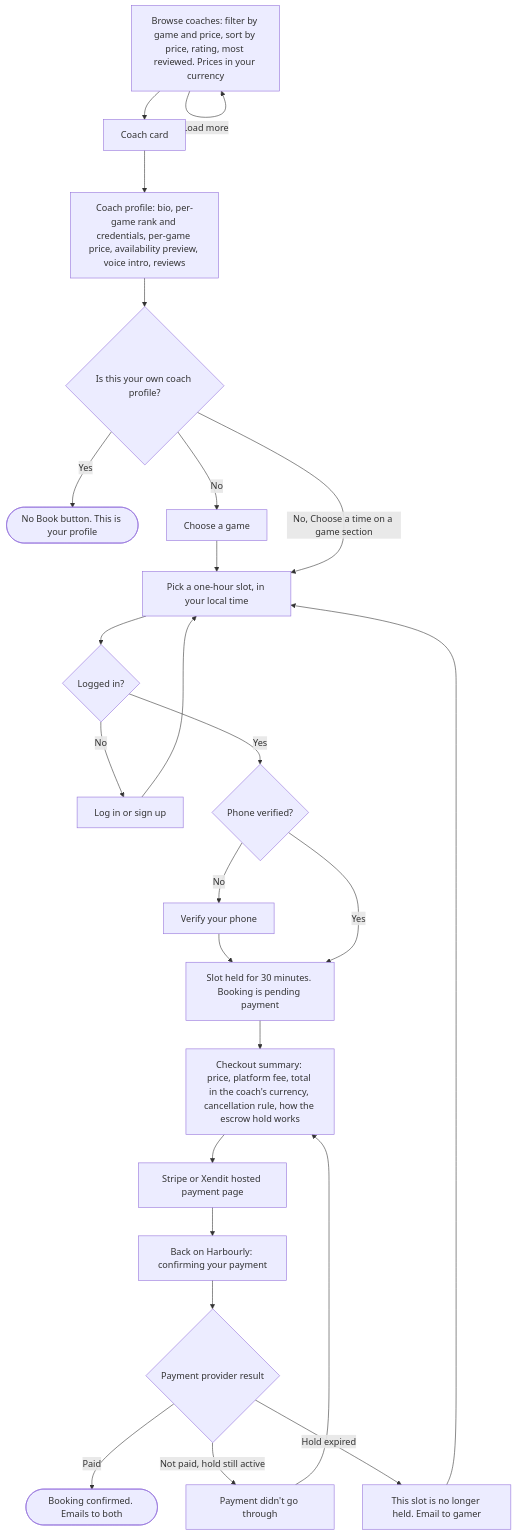
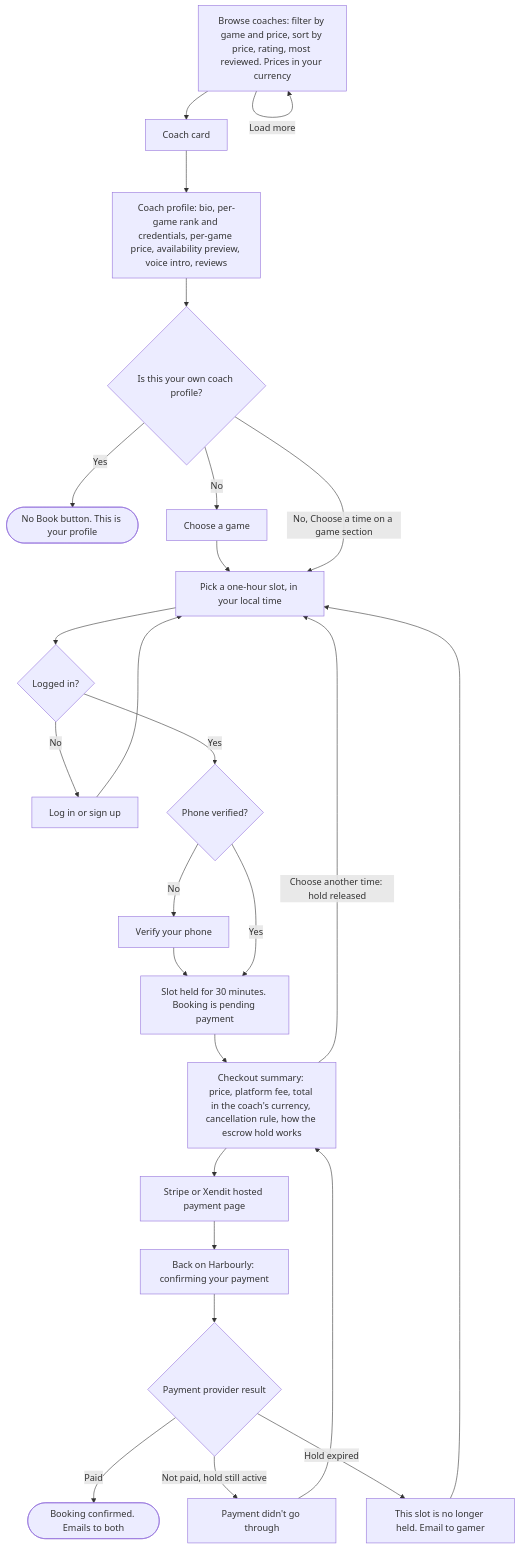
Before and after one commit to ILoveWaterSm/Harbourly-Waitlist-2.0: the third of 13 diagrams in design/USER-FLOW.md, drawn with Mermaid. The commit also changed 21 other files, not shown here.

````diff
--- a/design/USER-FLOW.md
+++ b/design/USER-FLOW.md
@@ -103,27 +103,28 @@
 ```mermaid
 flowchart TD
   Browse["Browse coaches: filter by game and price, sort by price, rating, most reviewed. Prices in your currency"] --> Card["Coach card"]
   Browse -->|"Load more"| Browse
   Card --> Profile["Coach profile: bio, per-game rank and credentials, per-game price, availability preview, voice intro, reviews"]
   Profile --> Own{"Is this your own coach profile?"}
   Own -->|"Yes"| NoBook(["No Book button. This is your profile"])
   Own -->|"No"| Game["Choose a game"]
   Game --> Slot["Pick a one-hour slot, in your local time"]
   Own -->|"No, Choose a time on a game section"| Slot
   Slot --> LoggedIn{"Logged in?"}
   LoggedIn -->|"No"| Auth["Log in or sign up"]
   Auth --> Slot
   LoggedIn -->|"Yes"| Phone{"Phone verified?"}
   Phone -->|"No"| VerifyPhone["Verify your phone"]
   VerifyPhone --> Hold
   Phone -->|"Yes"| Hold["Slot held for 30 minutes. Booking is pending payment"]
   Hold --> Summary["Checkout summary: price, platform fee, total in the coach's currency, cancellation rule, how the escrow hold works"]
   Summary --> Hosted["Stripe or Xendit hosted payment page"]
+  Summary -->|"Choose another time: hold released"| Slot
   Hosted --> Back["Back on Harbourly: confirming your payment"]
   Back --> Result{"Payment provider result"}
   Result -->|"Paid"| Confirmed(["Booking confirmed. Emails to both"])
   Result -->|"Not paid, hold still active"| Failed["Payment didn't go through"]
   Failed --> Summary
   Result -->|"Hold expired"| Expired["This slot is no longer held. Email to gamer"]
   Expired --> Slot
 ```
````
